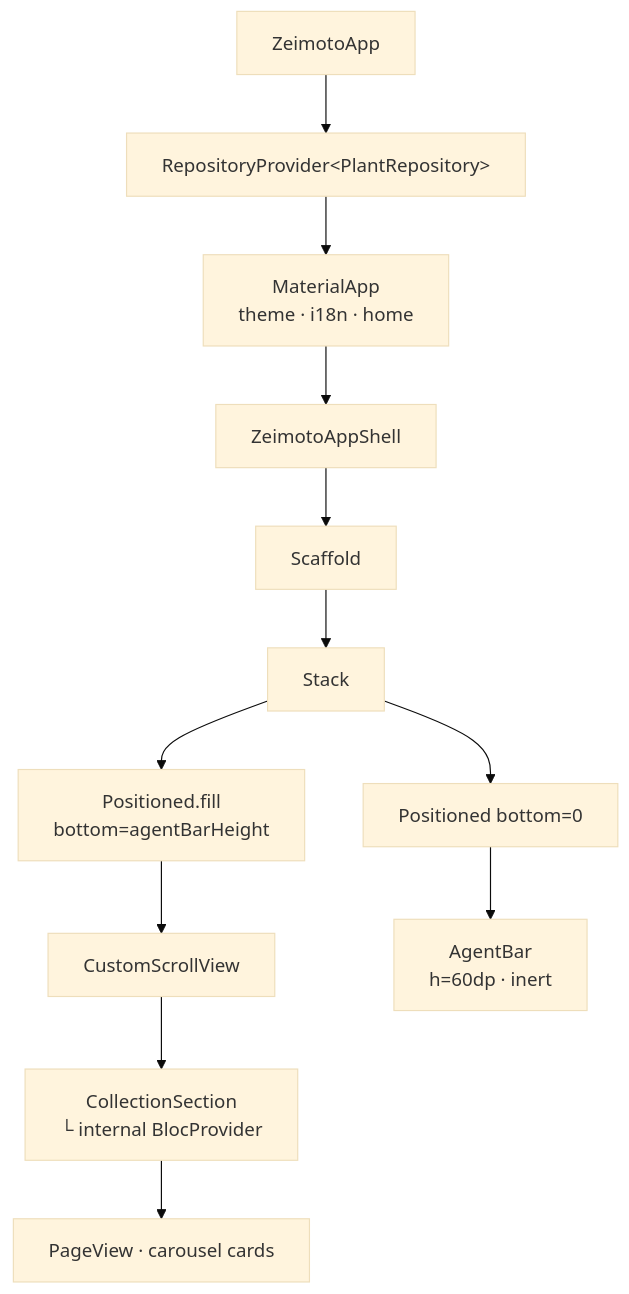
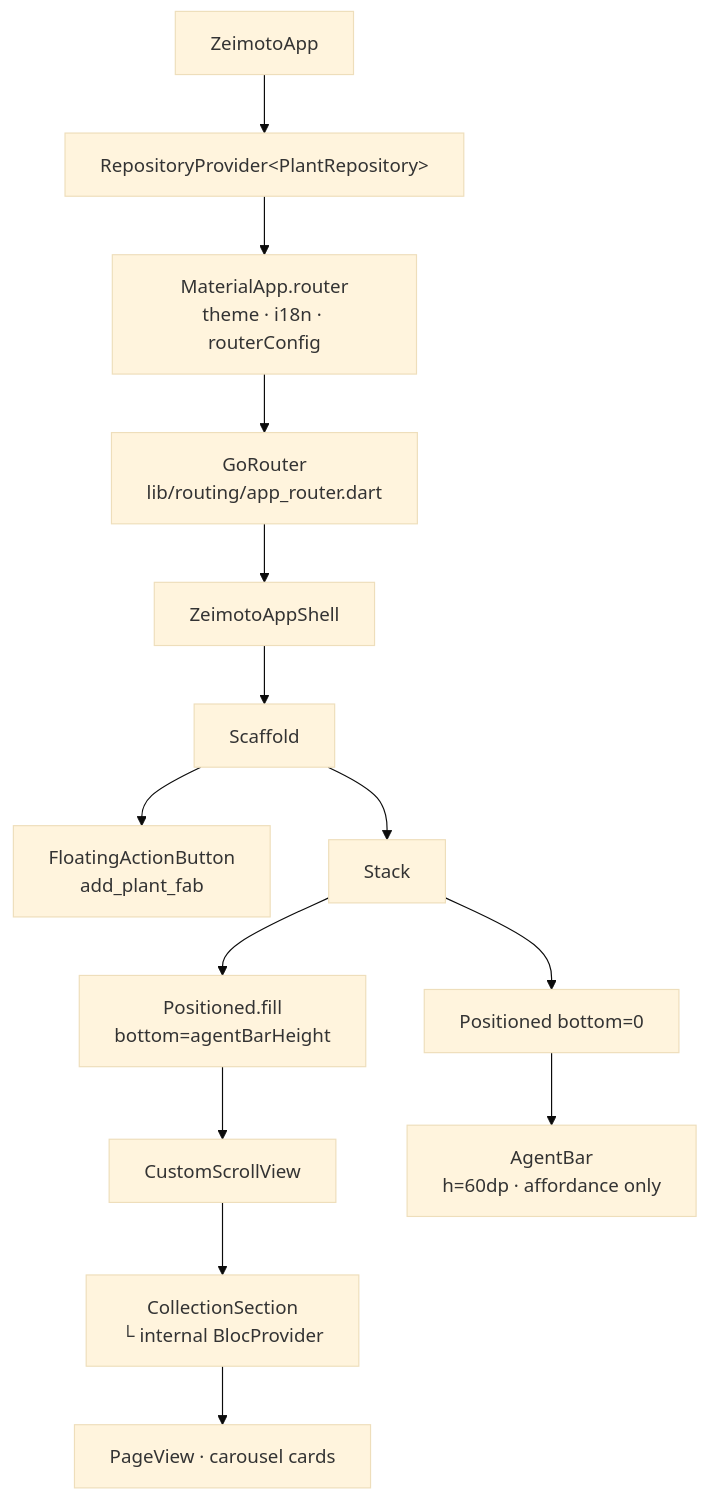
One commit to FedericoLaggiard/zeimoto changed the diagram in docs/app_shell/feature_en.md. Above: the diagram before and after it, drawn with Mermaid (base theme). The commit also changed other lines of this file and 3 other files, not shown here.

First line of the commit message:
docs: update app_shell and architecture docs for A6 changes

````diff
--- a/docs/app_shell/feature_en.md
+++ b/docs/app_shell/feature_en.md
@@ -9,14 +9,16 @@
 ```mermaid
 graph TD
     ZeimotoApp --> RP[RepositoryProvider&lt;PlantRepository&gt;]
-    RP --> MA[MaterialApp\ntheme · i18n · home]
-    MA --> ZAS[ZeimotoAppShell]
+    RP --> MAR[MaterialApp.router\ntheme · i18n · routerConfig]
+    MAR --> GR[GoRouter\nlib/routing/app_router.dart]
+    GR --> ZAS[ZeimotoAppShell]
     ZAS --> Scaffold
+    Scaffold --> FAB[FloatingActionButton\nadd_plant_fab]
     Scaffold --> Stack
     Stack --> PF[Positioned.fill\nbottom=agentBarHeight]
     Stack --> PB[Positioned bottom=0]
     PF --> CSV[CustomScrollView]
     CSV --> CS[CollectionSection\n└ internal BlocProvider]
     CS --> PV[PageView · carousel cards]
-    PB --> AB[AgentBar\nh=60dp · inert]
+    PB --> AB[AgentBar\nh=60dp · affordance only]
 ```
````
